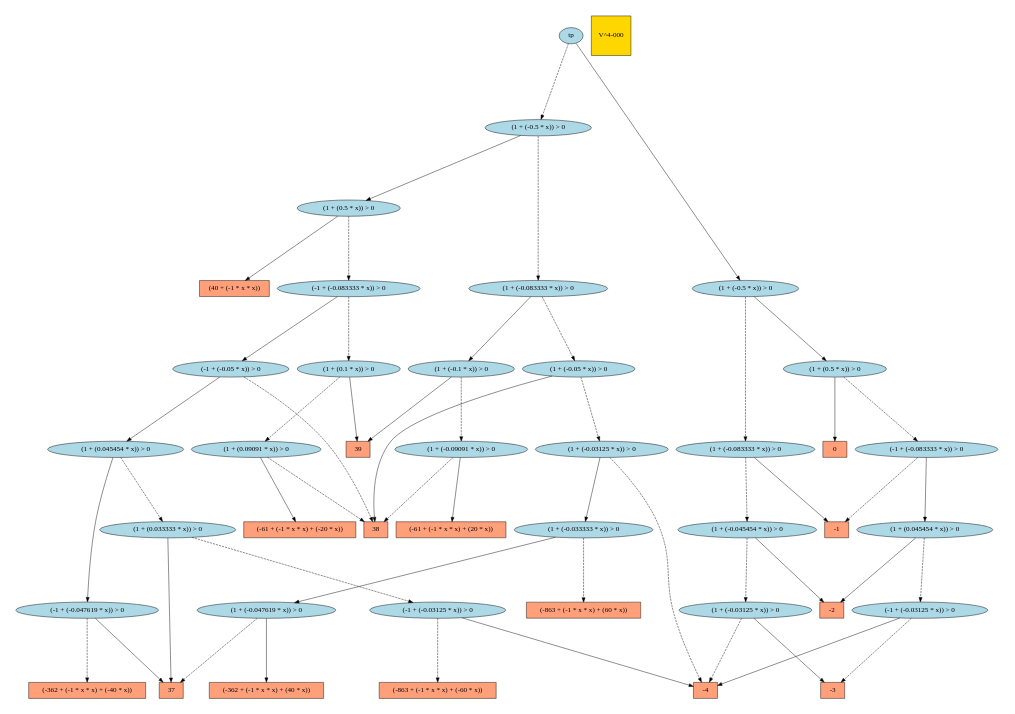
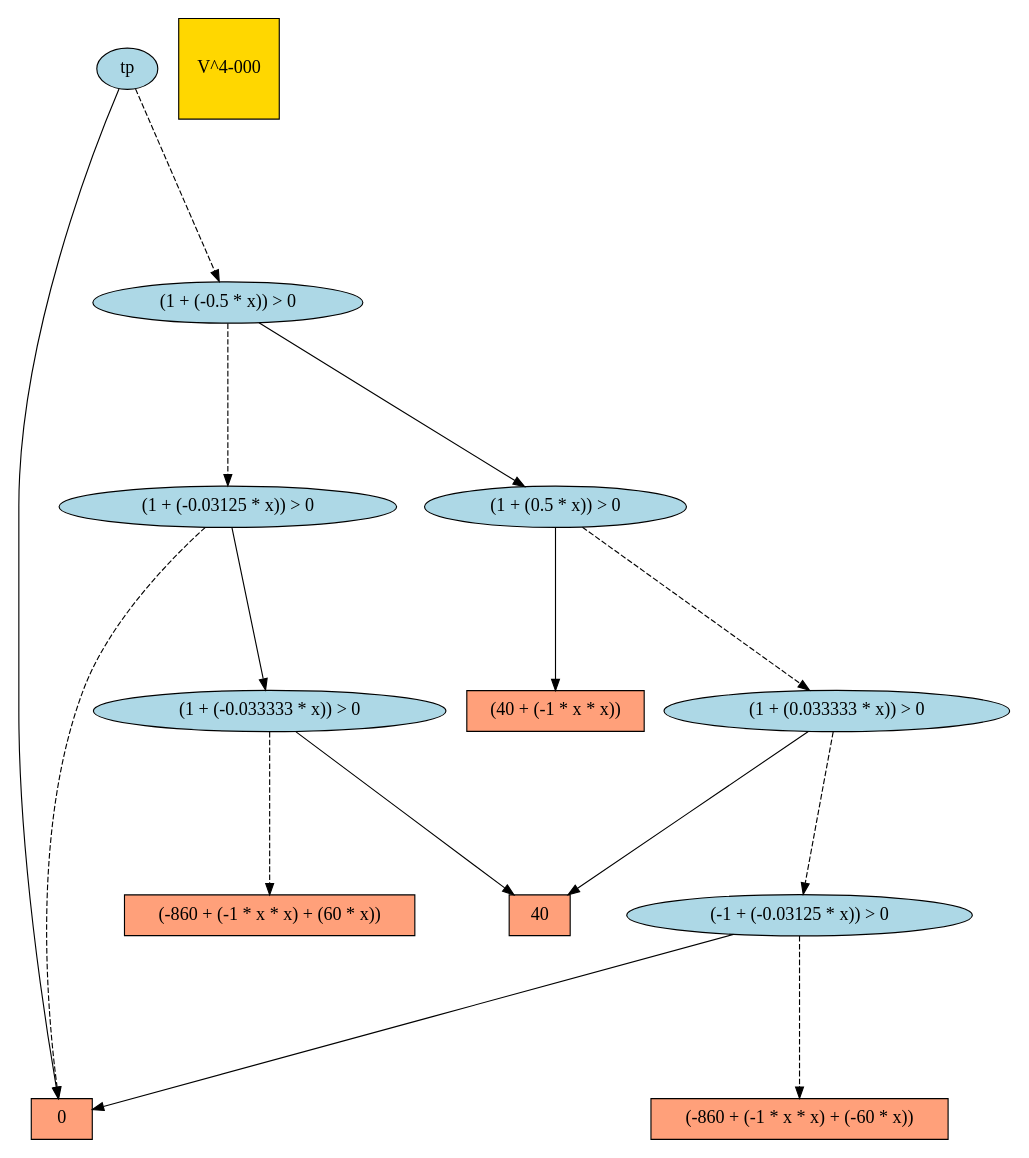
Before and after one commit to ssanner/xadd-inference: the diagram in src/camdp/ex/jair/results/Rover-nonlinear5-1.cmdp.V_4-000.dot, drawn with Graphviz. The commit also changed 269 other files, not shown here.

```diff
--- a/src/camdp/ex/jair/results/Rover-nonlinear5-1.cmdp.V_4-000.dot
+++ b/src/camdp/ex/jair/results/Rover-nonlinear5-1.cmdp.V_4-000.dot
@@ -1,99 +1,32 @@
 digraph G { 
 graph [ fontname = "Helvetica",fontsize="16",ratio = "auto",
         size="7.5,10",ranksep="2.00" ];
 node [fontsize="16"];
-"6081" [label="(-863 + (-1 * x * x) + (-60 * x))",fillcolor=lightsalmon,color=black,shape=box,style=filled];
-"1458" [label="(-362 + (-1 * x * x) + (40 * x))",fillcolor=lightsalmon,color=black,shape=box,style=filled];
-"4047" [label="37",fillcolor=lightsalmon,color=black,shape=box,style=filled];
-"4045" [label="-4",fillcolor=lightsalmon,color=black,shape=box,style=filled];
-"8618" [label="(-1 + (-0.05 * x)) > 0",fillcolor=lightblue,color=black,shape=ellipse,style=filled];
-"8617" [label="(1 + (0.045454 * x)) > 0",fillcolor=lightblue,color=black,shape=ellipse,style=filled];
-"9222" [label="(1 + (-0.083333 * x)) > 0",fillcolor=lightblue,color=black,shape=ellipse,style=filled];
-"8616" [label="(1 + (0.033333 * x)) > 0",fillcolor=lightblue,color=black,shape=ellipse,style=filled];
-"12" [label="-1",fillcolor=lightsalmon,color=black,shape=box,style=filled];
-"8615" [label="(-1 + (-0.03125 * x)) > 0",fillcolor=lightblue,color=black,shape=ellipse,style=filled];
-"9472" [label="(1 + (0.5 * x)) > 0",fillcolor=lightblue,color=black,shape=ellipse,style=filled];
-"8817" [label="(-1 + (-0.083333 * x)) > 0",fillcolor=lightblue,color=black,shape=ellipse,style=filled];
-"287" [label="(-61 + (-1 * x * x) + (20 * x))",fillcolor=lightsalmon,color=black,shape=box,style=filled];
-"7949" [label="(-1 + (-0.047619 * x)) > 0",fillcolor=lightblue,color=black,shape=ellipse,style=filled];
-"3176" [label="(1 + (0.1 * x)) > 0",fillcolor=lightblue,color=black,shape=ellipse,style=filled];
-"2205" [label="(1 + (-0.1 * x)) > 0",fillcolor=lightblue,color=black,shape=ellipse,style=filled];
-"9479" [label="(1 + (-0.5 * x)) > 0",fillcolor=lightblue,color=black,shape=ellipse,style=filled];
-"2204" [label="(1 + (-0.09091 * x)) > 0",fillcolor=lightblue,color=black,shape=ellipse,style=filled];
-"267" [label="39",fillcolor=lightsalmon,color=black,shape=box,style=filled];
-"9145" [label="(1 + (-0.045454 * x)) > 0",fillcolor=lightblue,color=black,shape=ellipse,style=filled];
-"6398" [label="(1 + (-0.083333 * x)) > 0",fillcolor=lightblue,color=black,shape=ellipse,style=filled];
-"9441" [label="(-1 + (-0.03125 * x)) > 0",fillcolor=lightblue,color=black,shape=ellipse,style=filled];
-"9446" [label="(1 + (0.045454 * x)) > 0",fillcolor=lightblue,color=black,shape=ellipse,style=filled];
-"304" [label="(-61 + (-1 * x * x) + (-20 * x))",fillcolor=lightsalmon,color=black,shape=box,style=filled];
-"5507" [label="(1 + (-0.033333 * x)) > 0",fillcolor=lightblue,color=black,shape=ellipse,style=filled];
-"8824" [label="(1 + (0.5 * x)) > 0",fillcolor=lightblue,color=black,shape=ellipse,style=filled];
-"5506" [label="(1 + (-0.047619 * x)) > 0",fillcolor=lightblue,color=black,shape=ellipse,style=filled];
-"8825" [label="(1 + (-0.5 * x)) > 0",fillcolor=lightblue,color=black,shape=ellipse,style=filled];
+"2670" [label="(1 + (-0.03125 * x)) > 0",fillcolor=lightblue,color=black,shape=ellipse,style=filled];
+"3919" [label="tp",fillcolor=lightblue,color=black,shape=ellipse,style=filled];
 "1" [label="0",fillcolor=lightsalmon,color=black,shape=box,style=filled];
-"1235" [label="-3",fillcolor=lightsalmon,color=black,shape=box,style=filled];
-"9480" [label="tp",fillcolor=lightblue,color=black,shape=ellipse,style=filled];
-"1237" [label="38",fillcolor=lightsalmon,color=black,shape=box,style=filled];
-"4627" [label="(-863 + (-1 * x * x) + (60 * x))",fillcolor=lightsalmon,color=black,shape=box,style=filled];
-"160" [label="-2",fillcolor=lightsalmon,color=black,shape=box,style=filled];
+"3639" [label="(-1 + (-0.03125 * x)) > 0",fillcolor=lightblue,color=black,shape=ellipse,style=filled];
+"5" [label="40",fillcolor=lightsalmon,color=black,shape=box,style=filled];
+"3915" [label="(1 + (0.5 * x)) > 0",fillcolor=lightblue,color=black,shape=ellipse,style=filled];
+"2955" [label="(-860 + (-1 * x * x) + (-60 * x))",fillcolor=lightsalmon,color=black,shape=box,style=filled];
+"3916" [label="(1 + (-0.5 * x)) > 0",fillcolor=lightblue,color=black,shape=ellipse,style=filled];
 "8" [label="(40 + (-1 * x * x))",fillcolor=lightsalmon,color=black,shape=box,style=filled];
+"2450" [label="(-860 + (-1 * x * x) + (60 * x))",fillcolor=lightsalmon,color=black,shape=box,style=filled];
+"3750" [label="(1 + (0.033333 * x)) > 0",fillcolor=lightblue,color=black,shape=ellipse,style=filled];
 "_temp_" [label="V^4-000",fillcolor=gold1,color=black,shape=square,style=filled];
-"1835" [label="(-362 + (-1 * x * x) + (-40 * x))",fillcolor=lightsalmon,color=black,shape=box,style=filled];
-"9465" [label="(-1 + (-0.083333 * x)) > 0",fillcolor=lightblue,color=black,shape=ellipse,style=filled];
-"9130" [label="(1 + (-0.03125 * x)) > 0",fillcolor=lightblue,color=black,shape=ellipse,style=filled];
-"5509" [label="(1 + (-0.05 * x)) > 0",fillcolor=lightblue,color=black,shape=ellipse,style=filled];
-"5508" [label="(1 + (-0.03125 * x)) > 0",fillcolor=lightblue,color=black,shape=ellipse,style=filled];
-"3122" [label="(1 + (0.09091 * x)) > 0",fillcolor=lightblue,color=black,shape=ellipse,style=filled];
-"8618" -> "1237" [color=black,style=dashed];
-"8618" -> "8617" [color=black,style=solid];
-"8617" -> "7949" [color=black,style=solid];
-"8617" -> "8616" [color=black,style=dashed];
-"9222" -> "9145" [color=black,style=dashed];
-"9222" -> "12" [color=black,style=solid];
-"8616" -> "4047" [color=black,style=solid];
-"8616" -> "8615" [color=black,style=dashed];
-"8615" -> "6081" [color=black,style=dashed];
-"8615" -> "4045" [color=black,style=solid];
-"9472" -> "1" [color=black,style=solid];
-"9472" -> "9465" [color=black,style=dashed];
-"8817" -> "3176" [color=black,style=dashed];
-"8817" -> "8618" [color=black,style=solid];
-"7949" -> "4047" [color=black,style=solid];
-"7949" -> "1835" [color=black,style=dashed];
-"3176" -> "267" [color=black,style=solid];
-"3176" -> "3122" [color=black,style=dashed];
-"2205" -> "2204" [color=black,style=dashed];
-"2205" -> "267" [color=black,style=solid];
-"9479" -> "9472" [color=black,style=solid];
-"9479" -> "9222" [color=black,style=dashed];
-"2204" -> "287" [color=black,style=solid];
-"2204" -> "1237" [color=black,style=dashed];
-"9145" -> "160" [color=black,style=solid];
-"9145" -> "9130" [color=black,style=dashed];
-"6398" -> "2205" [color=black,style=solid];
-"6398" -> "5509" [color=black,style=dashed];
-"9441" -> "1235" [color=black,style=dashed];
-"9441" -> "4045" [color=black,style=solid];
-"9446" -> "9441" [color=black,style=dashed];
-"9446" -> "160" [color=black,style=solid];
-"5507" -> "5506" [color=black,style=solid];
-"5507" -> "4627" [color=black,style=dashed];
-"8824" -> "8817" [color=black,style=dashed];
-"8824" -> "8" [color=black,style=solid];
-"5506" -> "1458" [color=black,style=solid];
-"5506" -> "4047" [color=black,style=dashed];
-"8825" -> "8824" [color=black,style=solid];
-"8825" -> "6398" [color=black,style=dashed];
-"9480" -> "8825" [color=black,style=dashed];
-"9480" -> "9479" [color=black,style=solid];
-"9465" -> "9446" [color=black,style=solid];
-"9465" -> "12" [color=black,style=dashed];
-"9130" -> "1235" [color=black,style=solid];
-"9130" -> "4045" [color=black,style=dashed];
-"5509" -> "1237" [color=black,style=solid];
-"5509" -> "5508" [color=black,style=dashed];
-"5508" -> "5507" [color=black,style=solid];
-"5508" -> "4045" [color=black,style=dashed];
-"3122" -> "1237" [color=black,style=dashed];
-"3122" -> "304" [color=black,style=solid];
+"2451" [label="(1 + (-0.033333 * x)) > 0",fillcolor=lightblue,color=black,shape=ellipse,style=filled];
+"2670" -> "1" [color=black,style=dashed];
+"2670" -> "2451" [color=black,style=solid];
+"3919" -> "1" [color=black,style=solid];
+"3919" -> "3916" [color=black,style=dashed];
+"3639" -> "1" [color=black,style=solid];
+"3639" -> "2955" [color=black,style=dashed];
+"3915" -> "8" [color=black,style=solid];
+"3915" -> "3750" [color=black,style=dashed];
+"3916" -> "3915" [color=black,style=solid];
+"3916" -> "2670" [color=black,style=dashed];
+"3750" -> "3639" [color=black,style=dashed];
+"3750" -> "5" [color=black,style=solid];
+"2451" -> "5" [color=black,style=solid];
+"2451" -> "2450" [color=black,style=dashed];
 }
```
